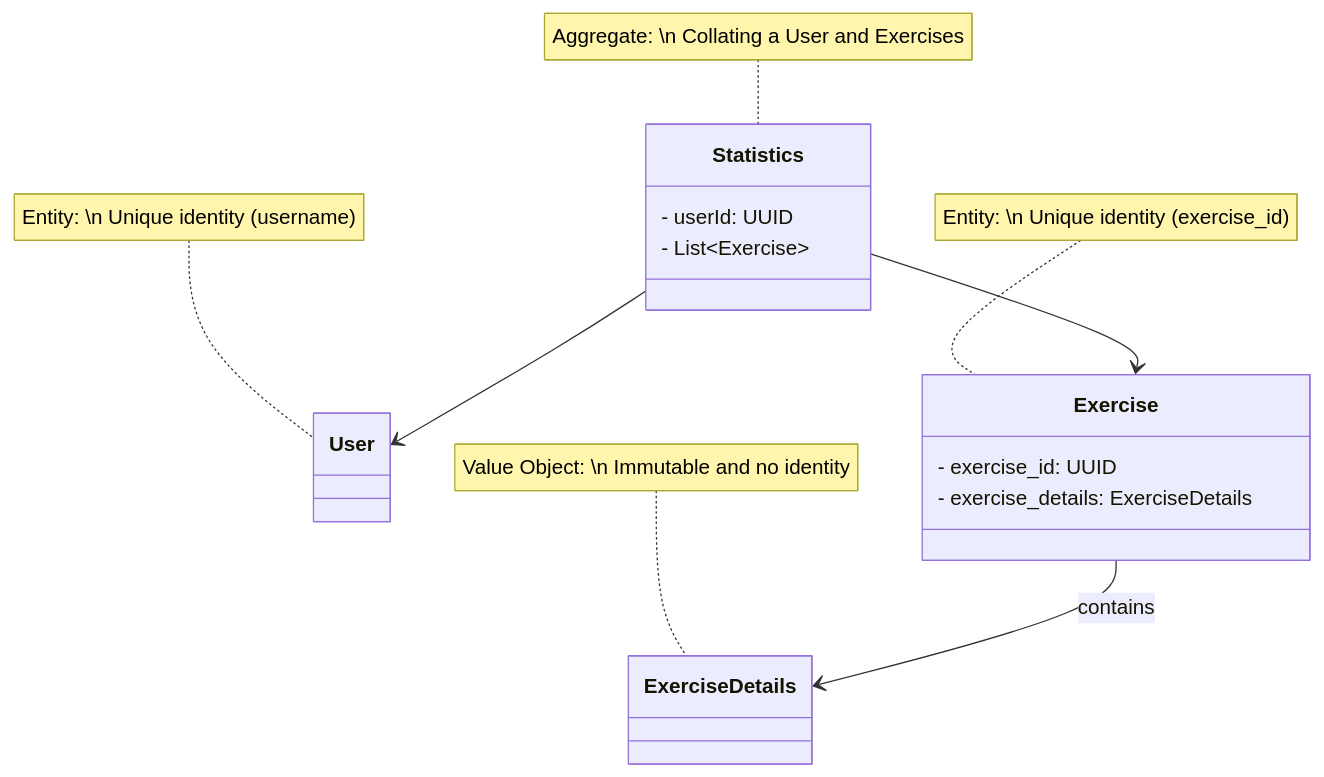
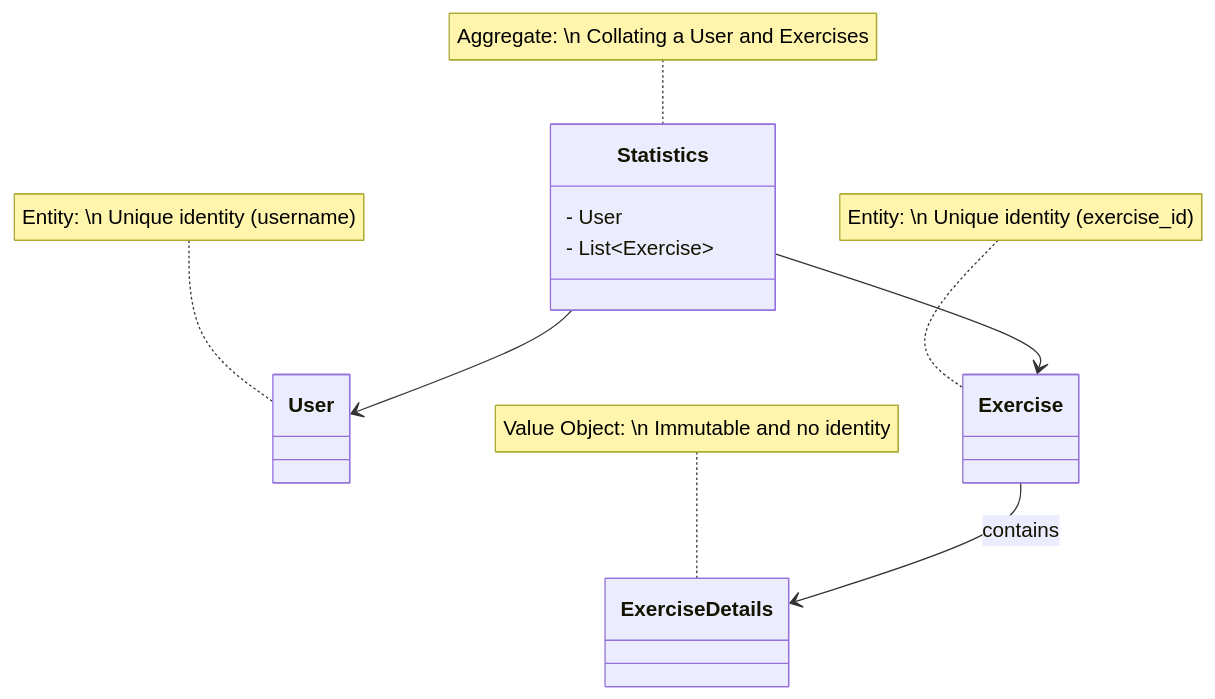
Before and after one commit to juliaranne/cfg-v2: the diagram in analytics_v2/README.md, drawn with Mermaid.

Commit message:
Correcting diagram

````diff
--- a/analytics_v2/README.md
+++ b/analytics_v2/README.md
@@ -4,28 +4,25 @@
 ```mermaid
 classDiagram
     class Statistics {
-        - userId: UUID
+        - User 
         - List~Exercise~
     }
 
     class User 
 
-    class Exercise {
-        - exercise_id: UUID
-        - exercise_details: ExerciseDetails
-    }
+    class Exercise 
     
     class ExerciseDetails 
 
 
     Statistics --> User : 
     Statistics --> Exercise : 
     Exercise --> ExerciseDetails : contains 
 
     %% Key for DDD Components
     note for User "Entity: \n Unique identity (username)"
     note for Exercise "Entity: \n Unique identity (exercise_id)"
     note for ExerciseDetails "Value Object: \n Immutable and no identity"
     note for Statistics "Aggregate: \n Collating a User and Exercises"
 
 ```
````
